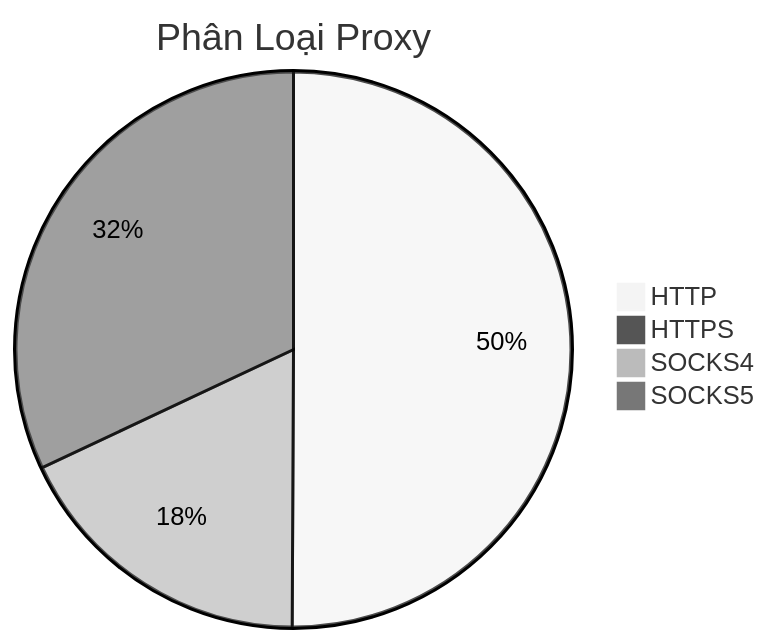
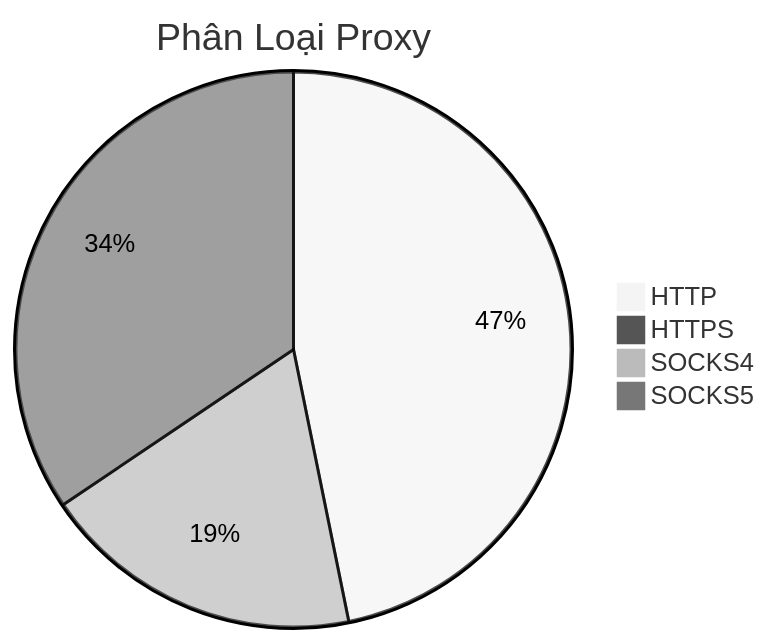
The diagram in README.md (Ciara-12/PROXY-free), drawn with Mermaid (neutral theme) before and after one commit. The commit also changed other lines of this file and 4 other files, not shown here.

````diff
--- a/README.md
+++ b/README.md
@@ -26,7 +26,7 @@
 ```mermaid
 pie title Phân Loại Proxy
-    "HTTP" : 997
-    "HTTPS" : 0
-    "SOCKS4" : 357
-    "SOCKS5" : 637
+    "HTTP" : 931
+    "HTTPS" : 1
+    "SOCKS4" : 373
+    "SOCKS5" : 685
 ```
````
